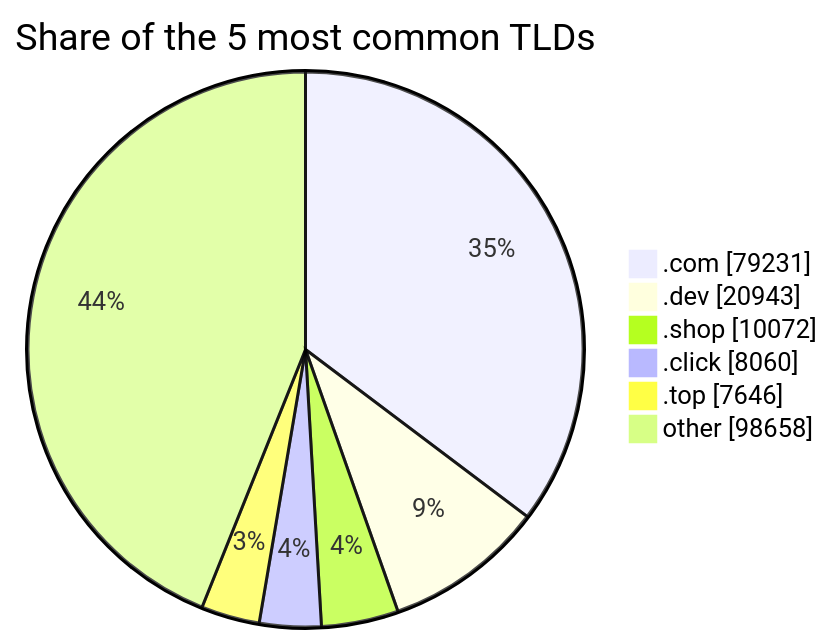
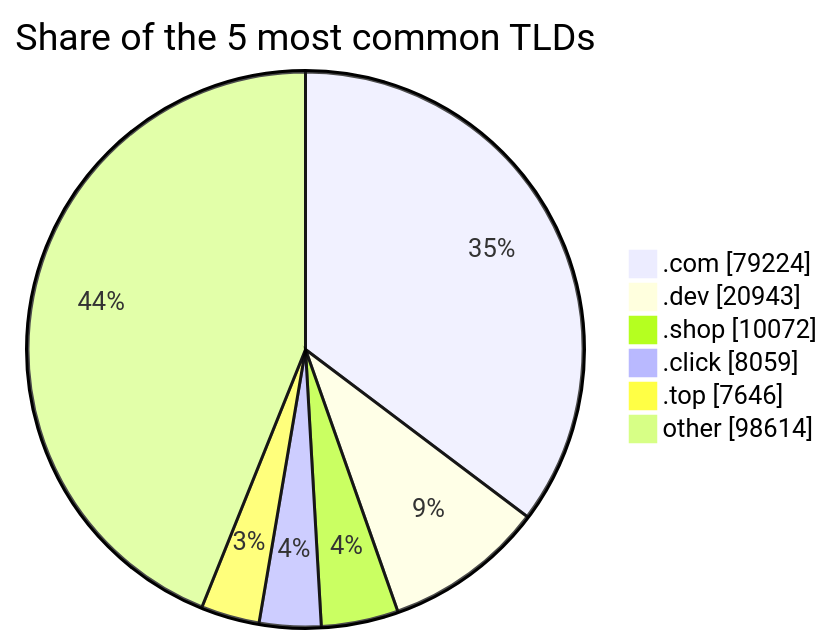
The third of 3 diagrams in README.md (DNSBunker/CTI), drawn with Mermaid before and after one commit. The commit also changed other lines of this file and 3 other files, not shown here.

````diff
--- a/README.md
+++ b/README.md
@@ -81,9 +81,9 @@
 ```mermaid
 pie showData title Share of the 5 most common TLDs
-    ".com" : 79231
+    ".com" : 79224
     ".dev" : 20943
     ".shop" : 10072
-    ".click" : 8060
+    ".click" : 8059
     ".top" : 7646
-    "other" : 98658
+    "other" : 98614
 ```
````
